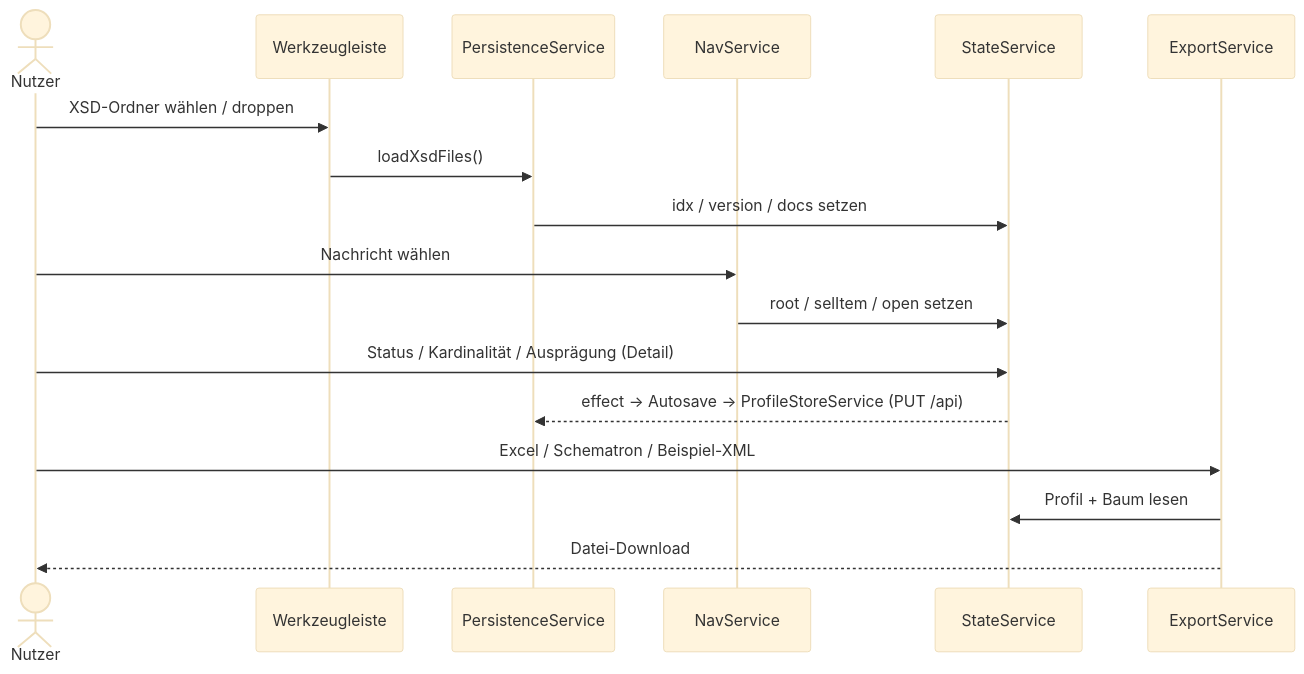
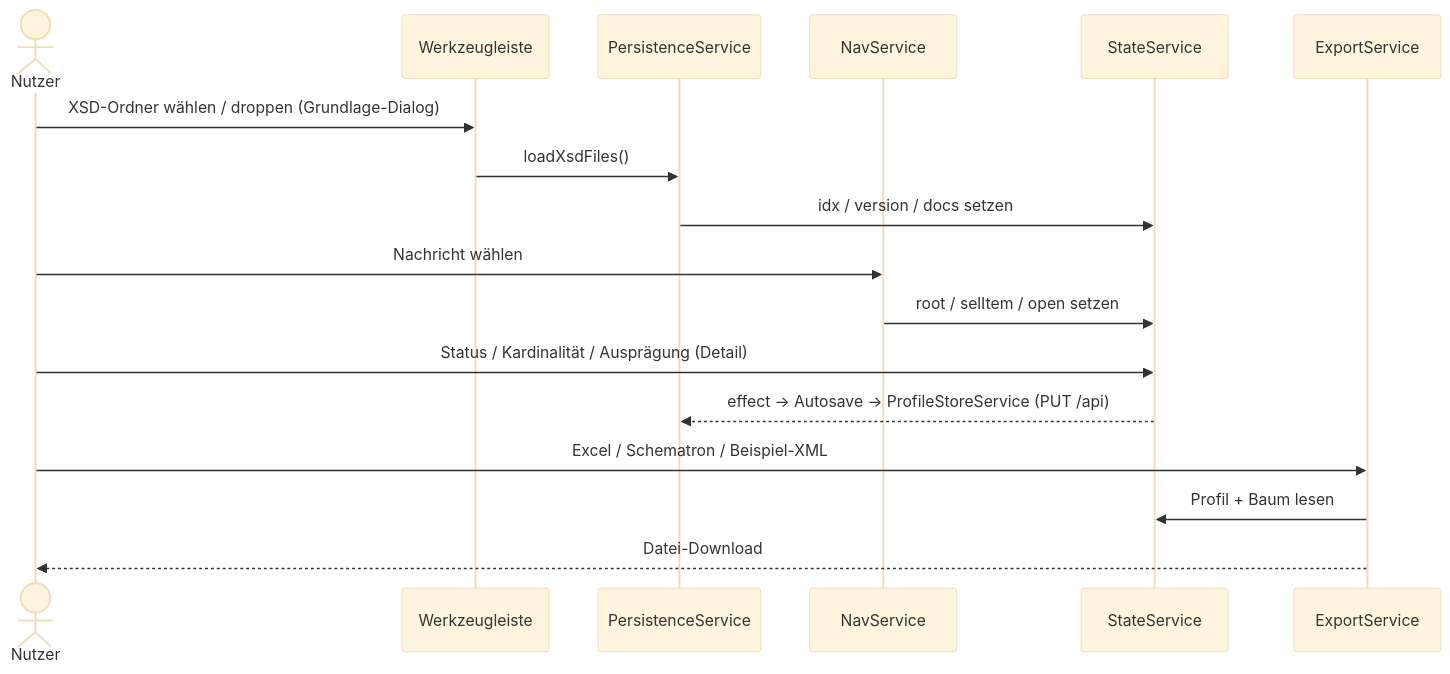
Before and after one commit to FinnFreiheit/Profilierer: the third of 4 diagrams in docs/architecture.md, drawn with Mermaid (base theme). The commit also changed other lines of this file and 21 other files, not shown here.

````diff
--- a/docs/architecture.md
+++ b/docs/architecture.md
@@ -65,19 +69,19 @@
 ```mermaid
 sequenceDiagram
   actor U as Nutzer
   participant TB as Werkzeugleiste
   participant PS as PersistenceService
   participant NV as NavService
   participant ST as StateService
   participant EX as ExportService
-  U->>TB: XSD-Ordner wählen / droppen
+  U->>TB: XSD-Ordner wählen / droppen (Grundlage-Dialog)
   TB->>PS: loadXsdFiles()
   PS->>ST: idx / version / docs setzen
   U->>NV: Nachricht wählen
   NV->>ST: root / selItem / open setzen
   U->>ST: Status / Kardinalität / Ausprägung (Detail)
   ST-->>PS: effect → Autosave → ProfileStoreService (PUT /api)
   U->>EX: Excel / Schematron / Beispiel-XML
   EX->>ST: Profil + Baum lesen
   EX-->>U: Datei-Download
 ```
````
